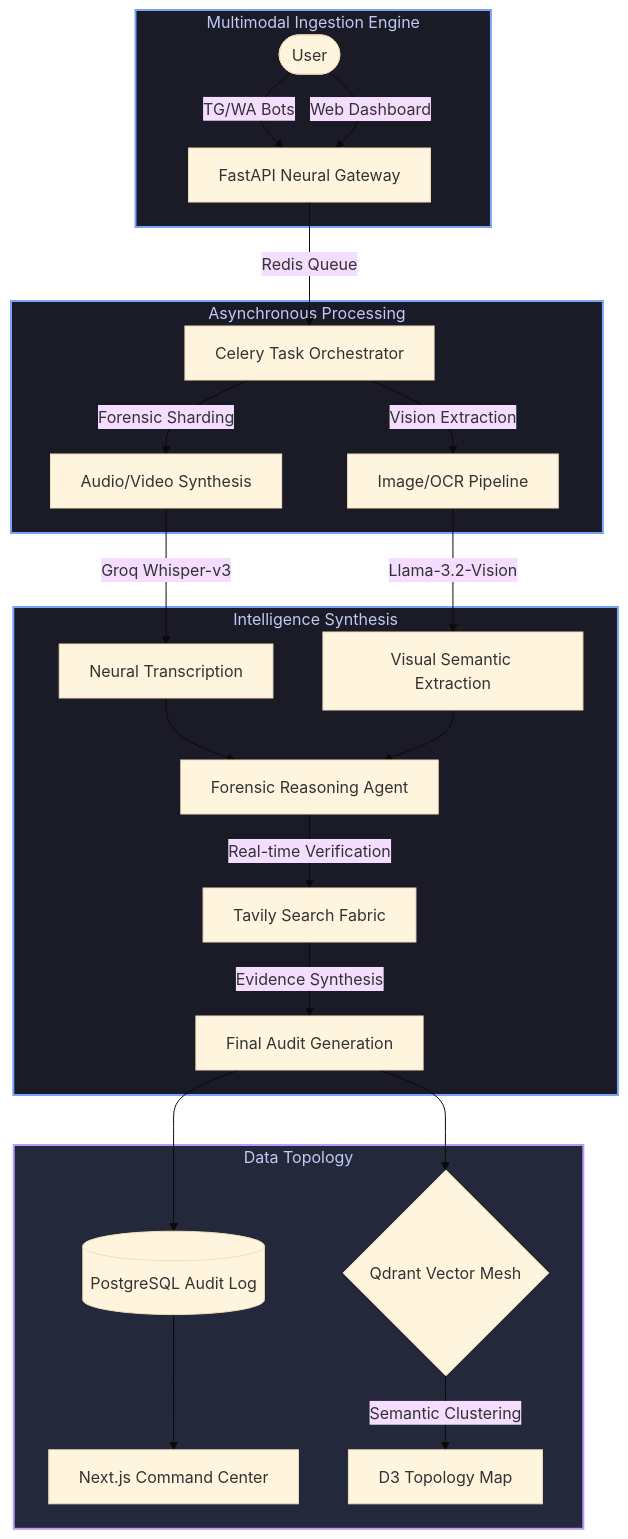
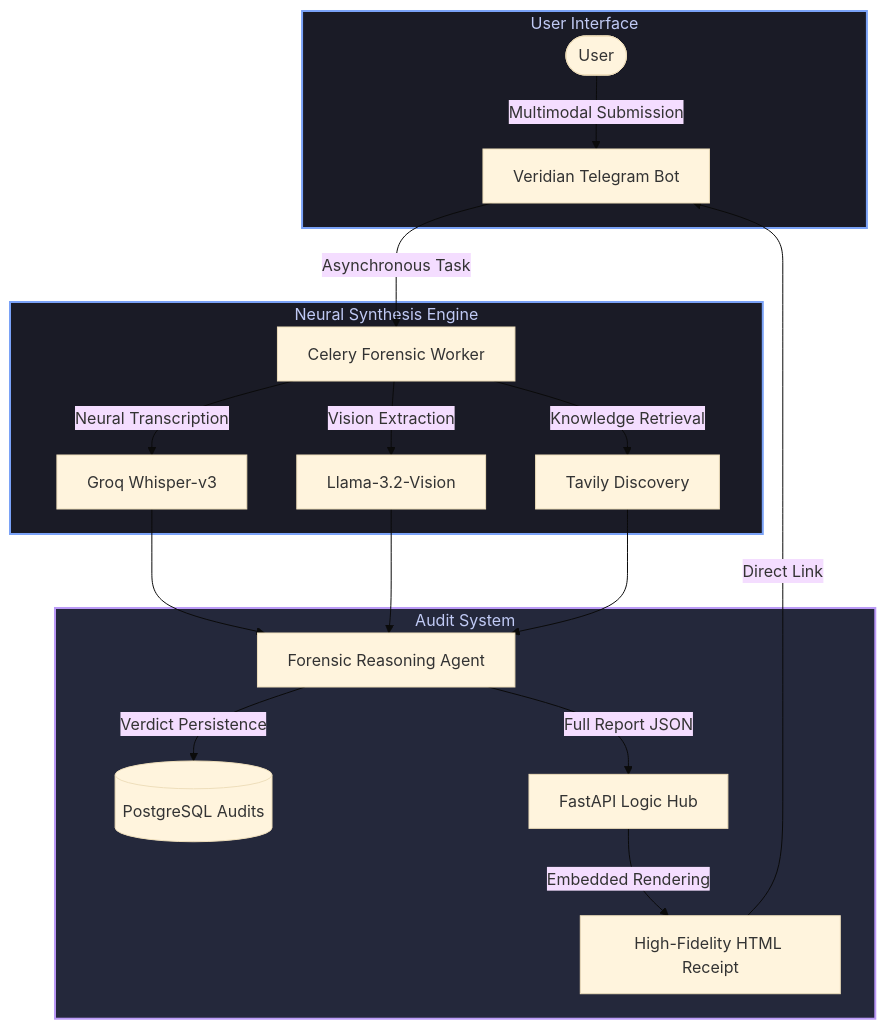
One commit to shashank-tomar0/veridian changed the first of 3 diagrams in README.md. Above: the diagram before and after it, drawn with Mermaid (base theme). The commit also changed other lines of this file and 5 other files, not shown here.

````diff
--- a/README.md
+++ b/README.md
@@ -18,34 +18,28 @@
 ```mermaid
 graph TD
-    subgraph Ingestion_Layer [Multimodal Ingestion Engine]
-        U([User]) -->|TG/WA Bots| NL[FastAPI Neural Gateway]
-        U -->|Web Dashboard| NL
+    subgraph Edge_Interaction [User Interface]
+        U([User]) -->|Multimodal Submission| TG[Veridian Telegram Bot]
     end
 
-    subgraph Orchestration [Asynchronous Processing]
-        NL -->|Redis Queue| TaskQ[Celery Task Orchestrator]
-        TaskQ -->|Forensic Sharding| AV[Audio/Video Synthesis]
-        TaskQ -->|Vision Extraction| OV[Image/OCR Pipeline]
+    subgraph Autonomous_Core [Neural Synthesis Engine]
+        TG -->|Asynchronous Task| Task[Celery Forensic Worker]
+        Task -->|Neural Transcription| Whisper[Groq Whisper-v3]
+        Task -->|Vision Extraction| LlamaV[Llama-3.2-Vision]
+        Task -->|Knowledge Retrieval| Tavily[Tavily Discovery]
     end
 
-    subgraph Forensic_Audit [Intelligence Synthesis]
-        AV -->|Groq Whisper-v3| Trans[Neural Transcription]
-        OV -->|Llama-3.2-Vision| Visual[Visual Semantic Extraction]
-        Trans --> Reasoning[Forensic Reasoning Agent]
-        Visual --> Reasoning
-        Reasoning -->|Real-time Verification| Tavily[Tavily Search Fabric]
-        Tavily -->|Evidence Synthesis| Audit[Final Audit Generation]
+    subgraph Forensic_Output [Audit System]
+        Whisper --> Agent[Forensic Reasoning Agent]
+        LlamaV --> Agent
+        Tavily --> Agent
+        Agent -->|Verdict Persistence| DB[(PostgreSQL Audits)]
+        Agent -->|Full Report JSON| API[FastAPI Logic Hub]
+        API -->|Embedded Rendering| HTML[High-Fidelity HTML Receipt]
+        HTML -->|Direct Link| TG
     end
 
-    subgraph Persistence_Layer [Data Topology]
-        Audit --> PostgreSQL[(PostgreSQL Audit Log)]
-        Audit --> Qdrant{Qdrant Vector Mesh}
-        PostgreSQL --> GUI[Next.js Command Center]
-        Qdrant -->|Semantic Clustering| Graph[D3 Topology Map]
-    end
-
-    classDef neural fill:#1a1b26,stroke:#7aa2f7,stroke-width:2px,color:#c0caf5;
+    classDef autonomous fill:#1a1b26,stroke:#7aa2f7,stroke-width:2px,color:#c0caf5;
     classDef storage fill:#24283b,stroke:#bb9af7,stroke-width:2px,color:#c0caf5;
-    class Ingestion_Layer,Orchestration,Forensic_Audit neural;
-    class Persistence_Layer storage;
+    class Edge_Interaction,Autonomous_Core autonomous;
+    class Forensic_Output storage;
 ```
````
